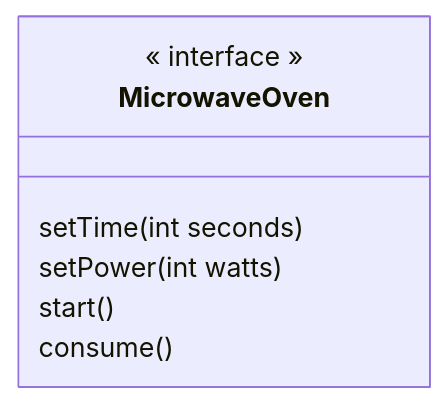
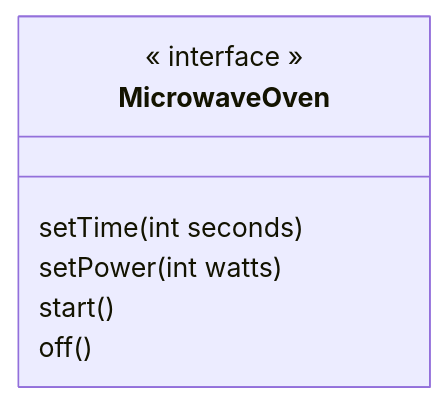
The first of 2 diagrams in lecture-markdown/content/01-OO-Abstraction/generator.md (unibo-lptsi-pss/pss-slides), drawn with Mermaid before and after one commit. The commit also changed other lines of this file and 2 other files, not shown here.

````diff
--- a/lecture-markdown/content/01-OO-Abstraction/generator.md
+++ b/lecture-markdown/content/01-OO-Abstraction/generator.md
@@ -193,11 +193,11 @@
 ```mermaid
 %%{init: {'theme':'default', 'themeVariables': { 'fontSize': '.34em', fontFamily: 'Inconsolata' }}}%%
 classDiagram
 class MicrowaveOven {
 << interface >>
     setTime(int seconds)
     setPower(int watts)
     start()
-    consume()
+    off()
 }
 ```
````
